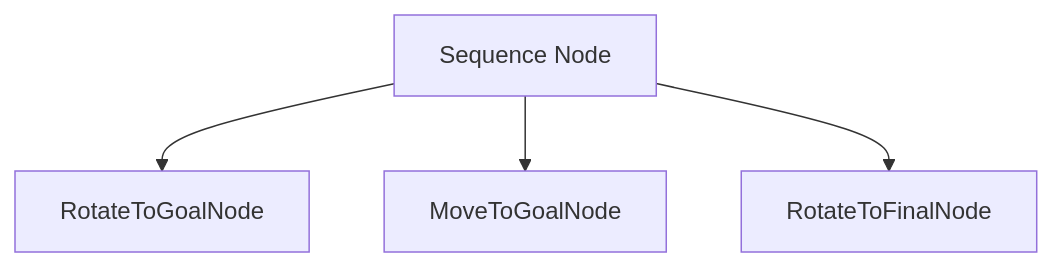
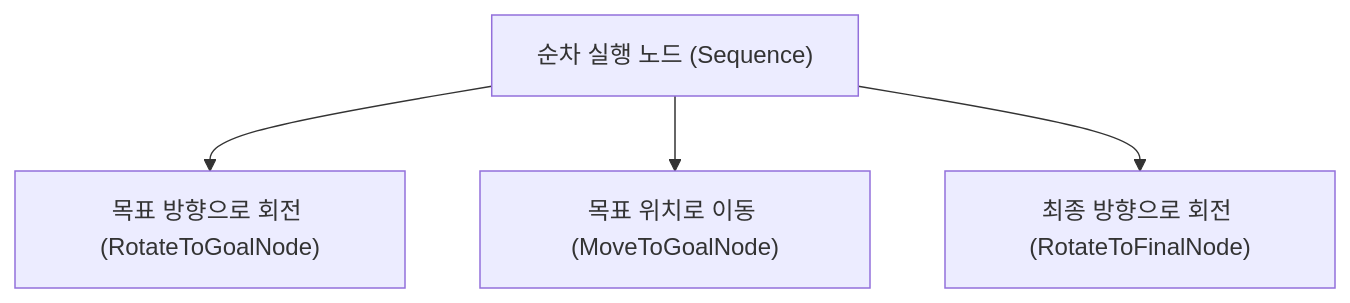
The diagram in ubuntu_practice/ros2_ws/src/controller_tutorials/UML/move_turtle_behavior_tree.mermaid (slihump/ros2_lecture), drawn with Mermaid before and after one commit. The commit also changed 7 other files, not shown here.

```diff
--- a/ubuntu_practice/ros2_ws/src/controller_tutorials/UML/move_turtle_behavior_tree.mermaid
+++ b/ubuntu_practice/ros2_ws/src/controller_tutorials/UML/move_turtle_behavior_tree.mermaid
@@ -1,9 +1,9 @@
 flowchart TD
-    A[Sequence Node]
-    B[RotateToGoalNode]
-    C[MoveToGoalNode]
-    D[RotateToFinalNode]
+    A["순차 실행 노드 (Sequence)"]
+    B["목표 방향으로 회전 (RotateToGoalNode)"]
+    C["목표 위치로 이동 (MoveToGoalNode)"]
+    D["최종 방향으로 회전 (RotateToFinalNode)"]
 
     A --> B
     A --> C
     A --> D
```
